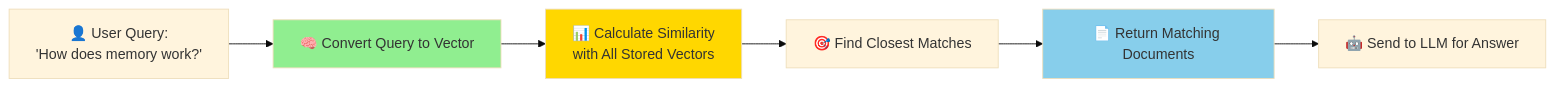
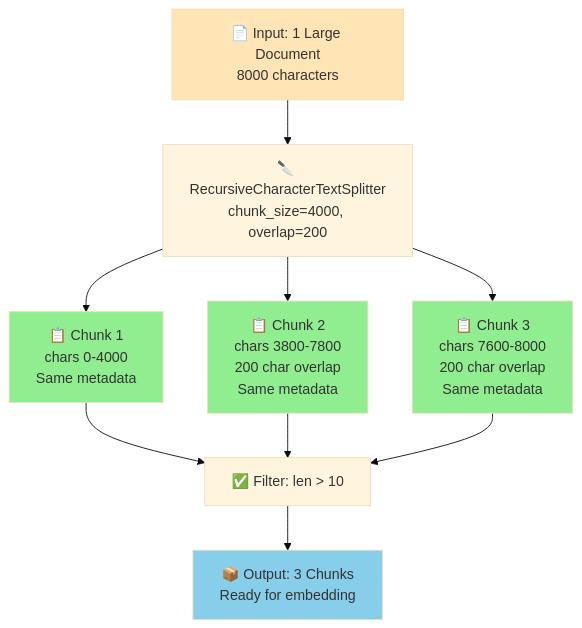
One commit to langchain-ai/chat-langchain changed the second of 4 diagrams in INGEST.md. Above: the diagram before and after it, drawn with Mermaid (base theme). The commit also changed other lines of this file and 13 other files, not shown here.

````diff
--- a/INGEST.md
+++ b/INGEST.md
@@ -227,12 +238,19 @@
 ```mermaid
-flowchart LR
-    A[👤 User Query:<br/>'How does memory work?'] --> B[🧠 Convert Query to Vector]
-    B --> C[📊 Calculate Similarity<br/>with All Stored Vectors]
-    C --> D[🎯 Find Closest Matches]
-    D --> E[📄 Return Matching Documents]
-    E --> F[🤖 Send to LLM for Answer]
+flowchart TD
+    A[📄 Input: 1 Large Document<br/>8000 characters] --> B[🔪 RecursiveCharacterTextSplitter<br/>chunk_size=4000, overlap=200]
+    B --> C[📋 Chunk 1<br/>chars 0-4000<br/>Same metadata]
+    B --> D[📋 Chunk 2<br/>chars 3800-7800<br/>200 char overlap<br/>Same metadata]
+    B --> E[📋 Chunk 3<br/>chars 7600-8000<br/>200 char overlap<br/>Same metadata]
 
-    style B fill:#90EE90
-    style C fill:#FFD700
-    style E fill:#87CEEB
+    C --> F[✅ Filter: len > 10]
+    D --> F
+    E --> F
+
+    F --> G[📦 Output: 3 Chunks<br/>Ready for embedding]
+
+    style A fill:#FFE4B5
+    style C fill:#90EE90
+    style D fill:#90EE90
+    style E fill:#90EE90
+    style G fill:#87CEEB
 ```
````
